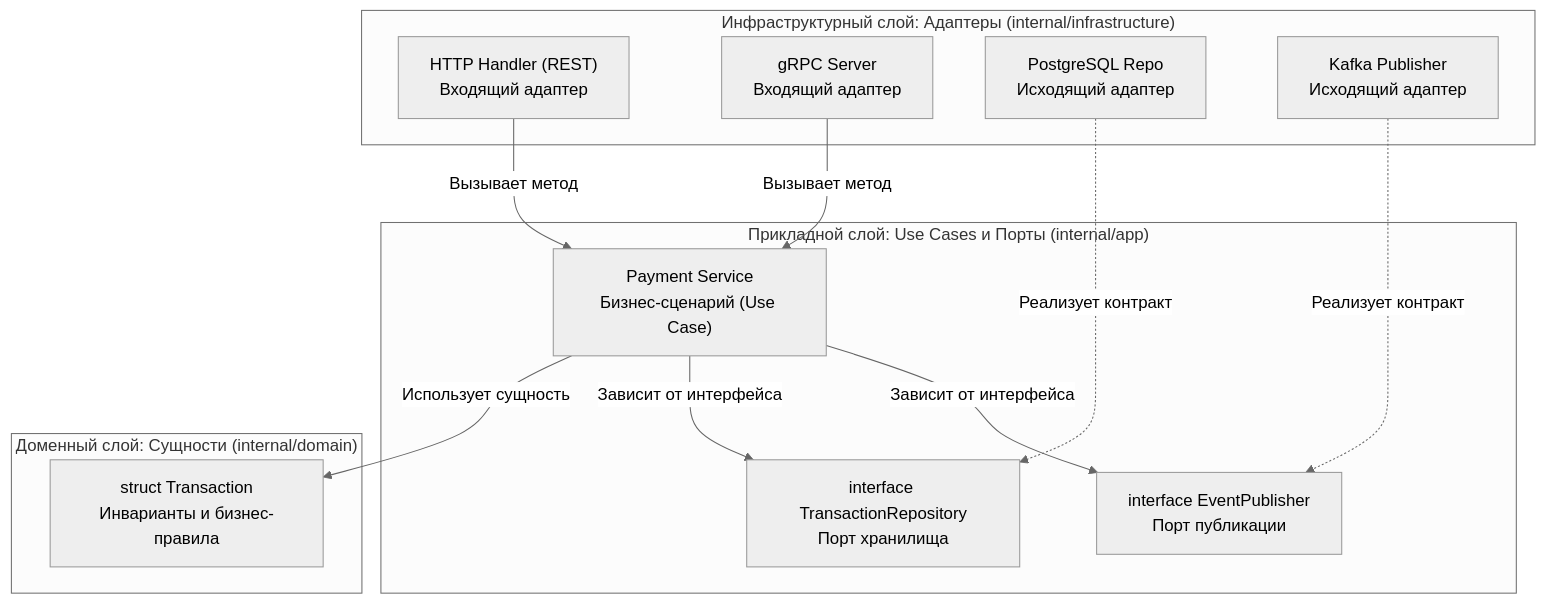
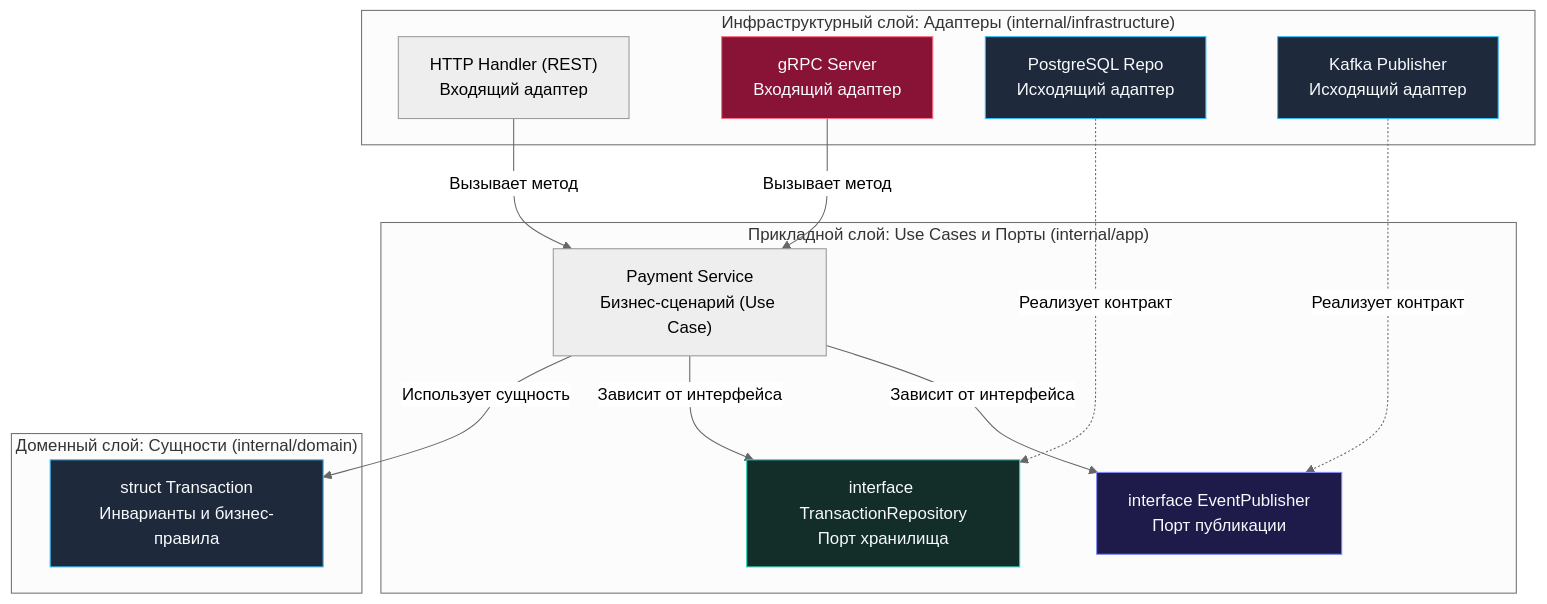
One commit to UnrealTemplier/go-textbook changed the second of 3 diagrams in sources/14. Распределенные системы на Go/08. Практика/1. Структура микросервисного проекта на Go.md. Above: the diagram before and after it, drawn with Mermaid (neutral theme). The commit also changed other lines of this file and 1666 other files, not shown here.

First line of the commit message:
feat(mermaid): add semantic color classDef to 1369 colorless flowchart/graph diagrams

````diff
--- a/sources/14. Распределенные системы на Go/08. Практика/1. Структура микросервисного проекта на Go.md
+++ b/sources/14. Распределенные системы на Go/08. Практика/1. Структура микросервисного проекта на Go.md
@@ -100,29 +110,39 @@
 ```mermaid
 flowchart TD
+    classDef process  fill:#1e293b,stroke:#38bdf8,stroke-width:1px,color:#f8fafc
+    classDef success  fill:#064e3b,stroke:#34d399,stroke-width:1px,color:#f8fafc
+    classDef error    fill:#7f1d1d,stroke:#f87171,stroke-width:1px,color:#f8fafc
+    classDef warning  fill:#78350f,stroke:#fbbf24,stroke-width:1px,color:#f8fafc
+    classDef entry    fill:#1e3a5f,stroke:#38bdf8,stroke-width:2px,color:#f8fafc
+    classDef aux      fill:#334155,stroke:#64748b,stroke-width:1px,color:#f8fafc
+    classDef system   fill:#312e81,stroke:#a78bfa,stroke-width:1px,color:#f8fafc
+    classDef data     fill:#132d29,stroke:#2dd4bf,stroke-width:1px,color:#f8fafc
+    classDef network  fill:#881337,stroke:#fb7185,stroke-width:1px,color:#f8fafc
+    classDef accent   fill:#1e1b4b,stroke:#818cf8,stroke-width:1px,color:#f8fafc
     subgraph InfrastructureLayer["Инфраструктурный слой: Адаптеры (internal/infrastructure)"]
         HTTPHandler["HTTP Handler (REST)\nВходящий адаптер"]
-        gRPCServer["gRPC Server\nВходящий адаптер"]
-        PGRepo["PostgreSQL Repo\nИсходящий адаптер"]
-        KafkaPub["Kafka Publisher\nИсходящий адаптер"]
+        gRPCServer["gRPC Server\nВходящий адаптер"]:::network
+        PGRepo["PostgreSQL Repo\nИсходящий адаптер"]:::process
+        KafkaPub["Kafka Publisher\nИсходящий адаптер"]:::process
     end
 
     subgraph ApplicationLayer["Прикладной слой: Use Cases и Порты (internal/app)"]
         PaymentService["Payment Service\nБизнес-сценарий (Use Case)"]
-        RepoPort["interface TransactionRepository\nПорт хранилища"]
-        EventPort["interface EventPublisher\nПорт публикации"]
+        RepoPort["interface TransactionRepository\nПорт хранилища"]:::data
+        EventPort["interface EventPublisher\nПорт публикации"]:::accent
     end
 
     subgraph DomainLayer["Доменный слой: Сущности (internal/domain)"]
-        TransactionEntity["struct Transaction\nИнварианты и бизнес-правила"]
+        TransactionEntity["struct Transaction\nИнварианты и бизнес-правила"]:::process
     end
 
     HTTPHandler -->|"Вызывает метод"| PaymentService
     gRPCServer -->|"Вызывает метод"| PaymentService
 
     PaymentService -->|"Использует сущность"| TransactionEntity
     PaymentService -->|"Зависит от интерфейса"| RepoPort
     PaymentService -->|"Зависит от интерфейса"| EventPort
 
     PGRepo -.->|"Реализует контракт"| RepoPort
     KafkaPub -.->|"Реализует контракт"| EventPort
 ```
````
